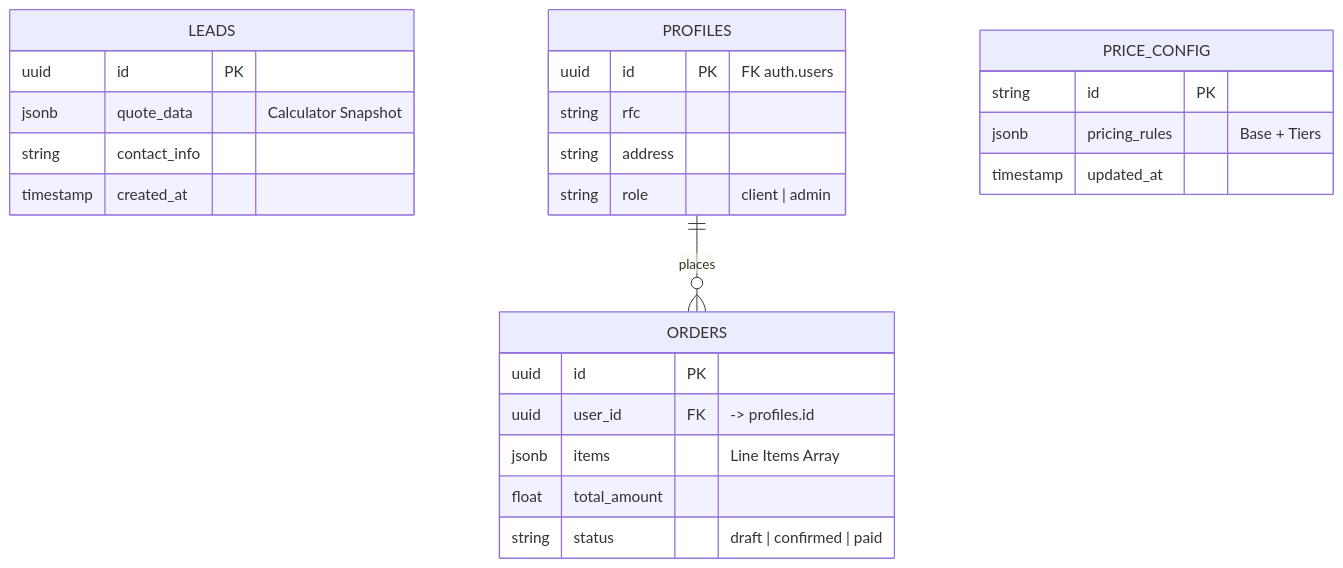
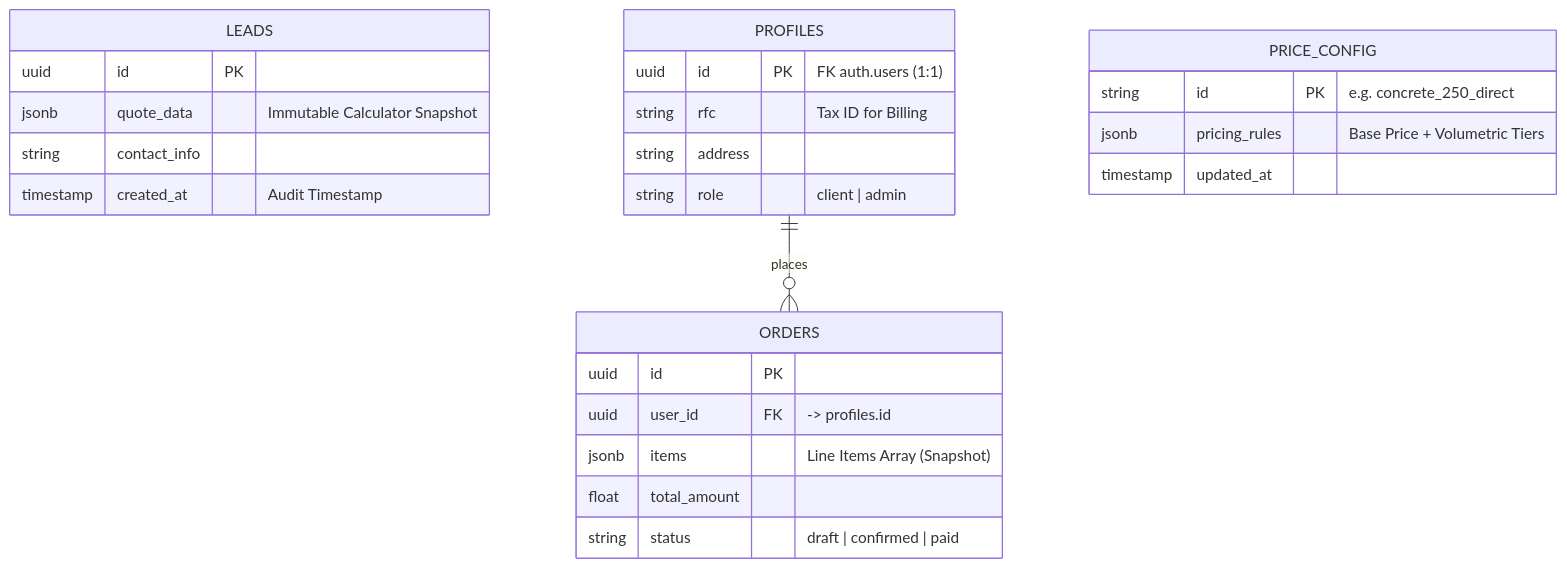
Before and after one commit to fm-dev-mx/cej-landing: the diagram in docs/DB_SCHEMA.md, drawn with Mermaid. The commit also changed other lines of this file and 12 other files, not shown here.

````diff
--- a/docs/DB_SCHEMA.md
+++ b/docs/DB_SCHEMA.md
@@ -7,29 +14,29 @@
 ```mermaid
 erDiagram
     LEADS {
         uuid id PK
-        jsonb quote_data "Calculator Snapshot"
+        jsonb quote_data "Immutable Calculator Snapshot"
         string contact_info
-        timestamp created_at
+        timestamp created_at "Audit Timestamp"
     }
     PROFILES {
-        uuid id PK "FK auth.users"
-        string rfc
+        uuid id PK "FK auth.users (1:1)"
+        string rfc "Tax ID for Billing"
         string address
         string role "client | admin"
     }
     ORDERS {
         uuid id PK
         uuid user_id FK "-> profiles.id"
-        jsonb items "Line Items Array"
+        jsonb items "Line Items Array (Snapshot)"
         float total_amount
         string status "draft | confirmed | paid"
     }
     PRICE_CONFIG {
-        string id PK
-        jsonb pricing_rules "Base + Tiers"
+        string id PK "e.g. concrete_250_direct"
+        jsonb pricing_rules "Base Price + Volumetric Tiers"
         timestamp updated_at
     }
 
     PROFILES ||--o{ ORDERS : places
 ```
````
